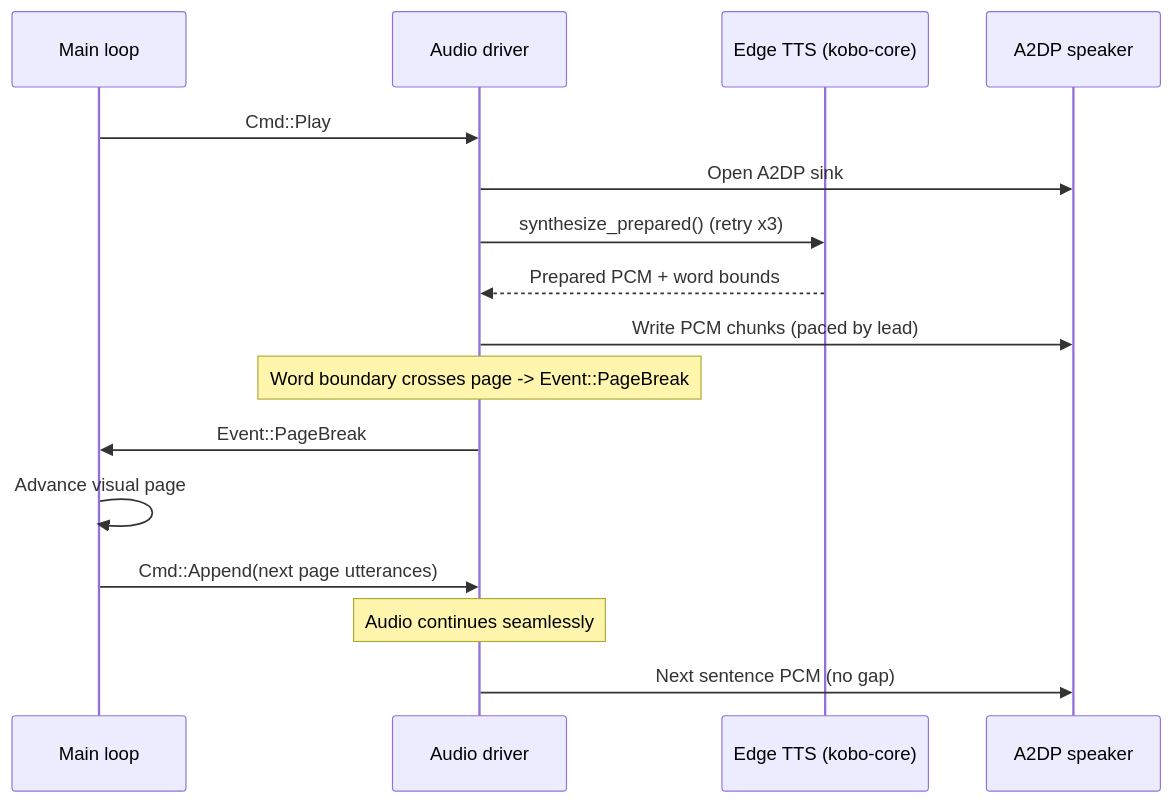
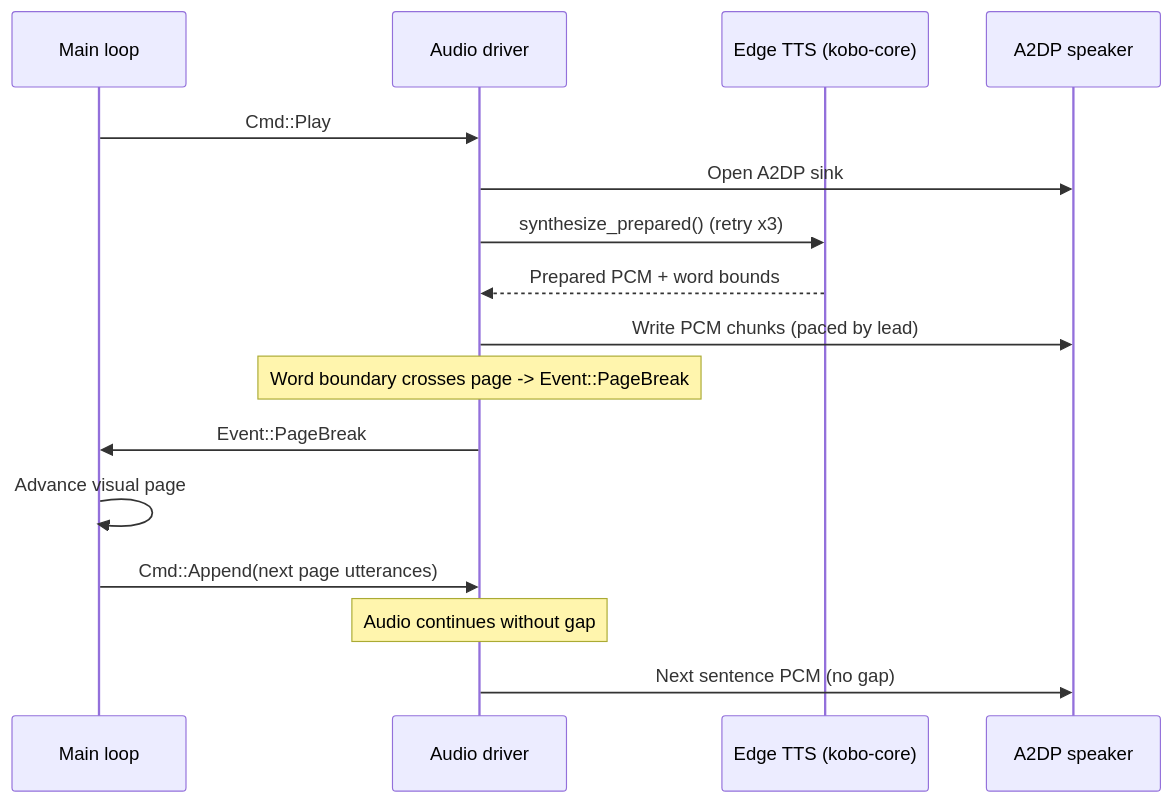
The second of 4 diagrams in README.md (Nayeem170/KoThok), drawn with Mermaid before and after one commit. The commit also changed 37 other files, not shown here.

````diff
--- a/README.md
+++ b/README.md
@@ -46,19 +46,19 @@
 ```mermaid
 sequenceDiagram
     participant UI as Main loop
     participant DRV as Audio driver
     participant TTS as Edge TTS (kobo-core)
     participant BT as A2DP speaker
 
     UI->>DRV: Cmd::Play
     DRV->>BT: Open A2DP sink
     DRV->>TTS: synthesize_prepared() (retry x3)
     TTS-->>DRV: Prepared PCM + word bounds
     DRV->>BT: Write PCM chunks (paced by lead)
     Note over DRV: Word boundary crosses page -> Event::PageBreak
     DRV->>UI: Event::PageBreak
     UI->>UI: Advance visual page
     UI->>DRV: Cmd::Append(next page utterances)
-    Note over DRV: Audio continues seamlessly
+    Note over DRV: Audio continues without gap
     DRV->>BT: Next sentence PCM (no gap)
 ```
````
